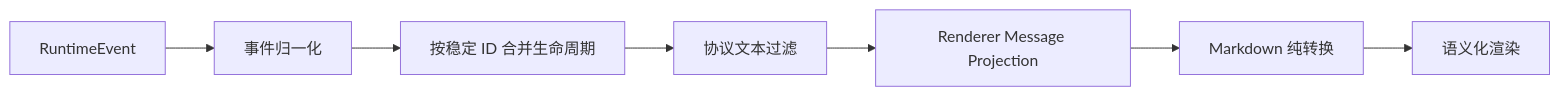
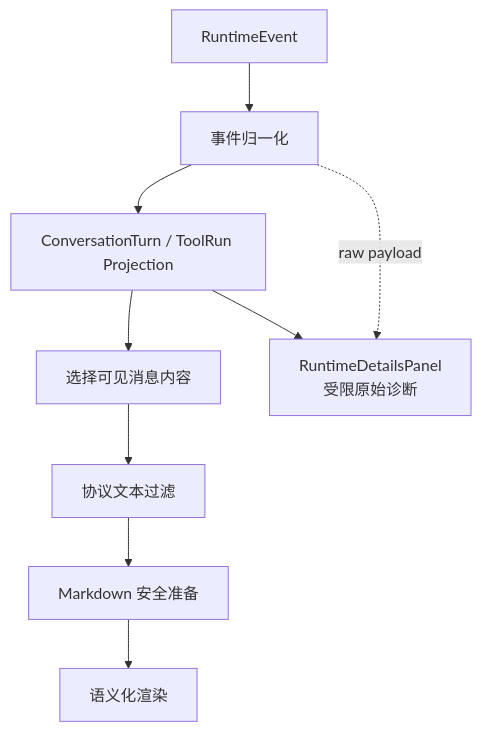
Diagram 13 of 16 in docs/architecture.md (novvoo/mastery), drawn with Mermaid before and after one commit. The commit also changed other lines of this file and 17 other files, not shown here.

Commit message:
Align desktop architecture and message turns

````diff
--- a/docs/architecture.md
+++ b/docs/architecture.md
@@ -438,12 +595,15 @@
 ```mermaid
-flowchart LR
+flowchart TB
   Frame["RuntimeEvent"]
   Normalize["事件归一化"]
-  Merge["按稳定 ID 合并生命周期"]
+  Projection["ConversationTurn / ToolRun Projection"]
+  Select["选择可见消息内容"]
   Sanitize["协议文本过滤"]
-  Store["Renderer Message Projection"]
-  Prepare["Markdown 纯转换"]
+  Prepare["Markdown 安全准备"]
   Render["语义化渲染"]
+  Diagnostic["RuntimeDetailsPanel<br/>受限原始诊断"]
 
-  Frame --> Normalize --> Merge --> Sanitize --> Store --> Prepare --> Render
+  Frame --> Normalize --> Projection --> Select --> Sanitize --> Prepare --> Render
+  Normalize -.->|"raw payload"| Diagnostic
+  Projection --> Diagnostic
 ```
````
